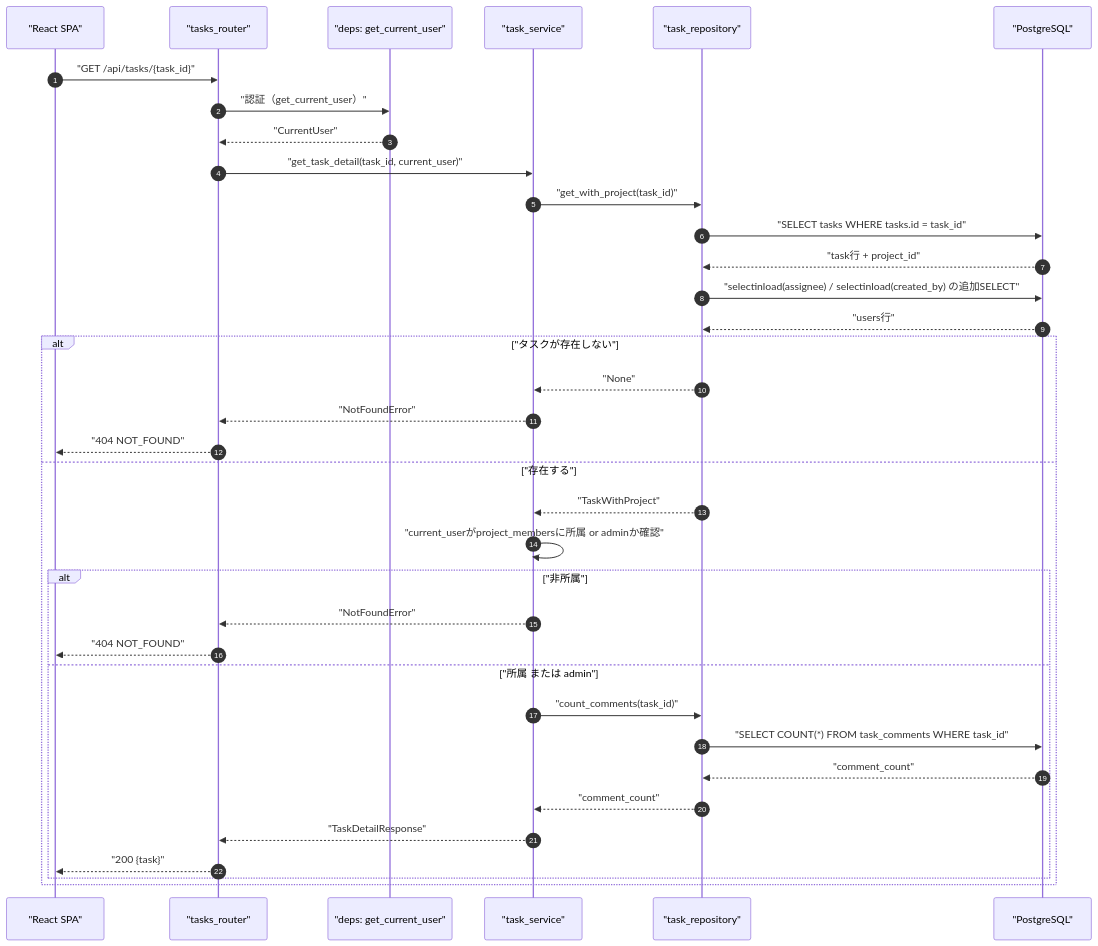
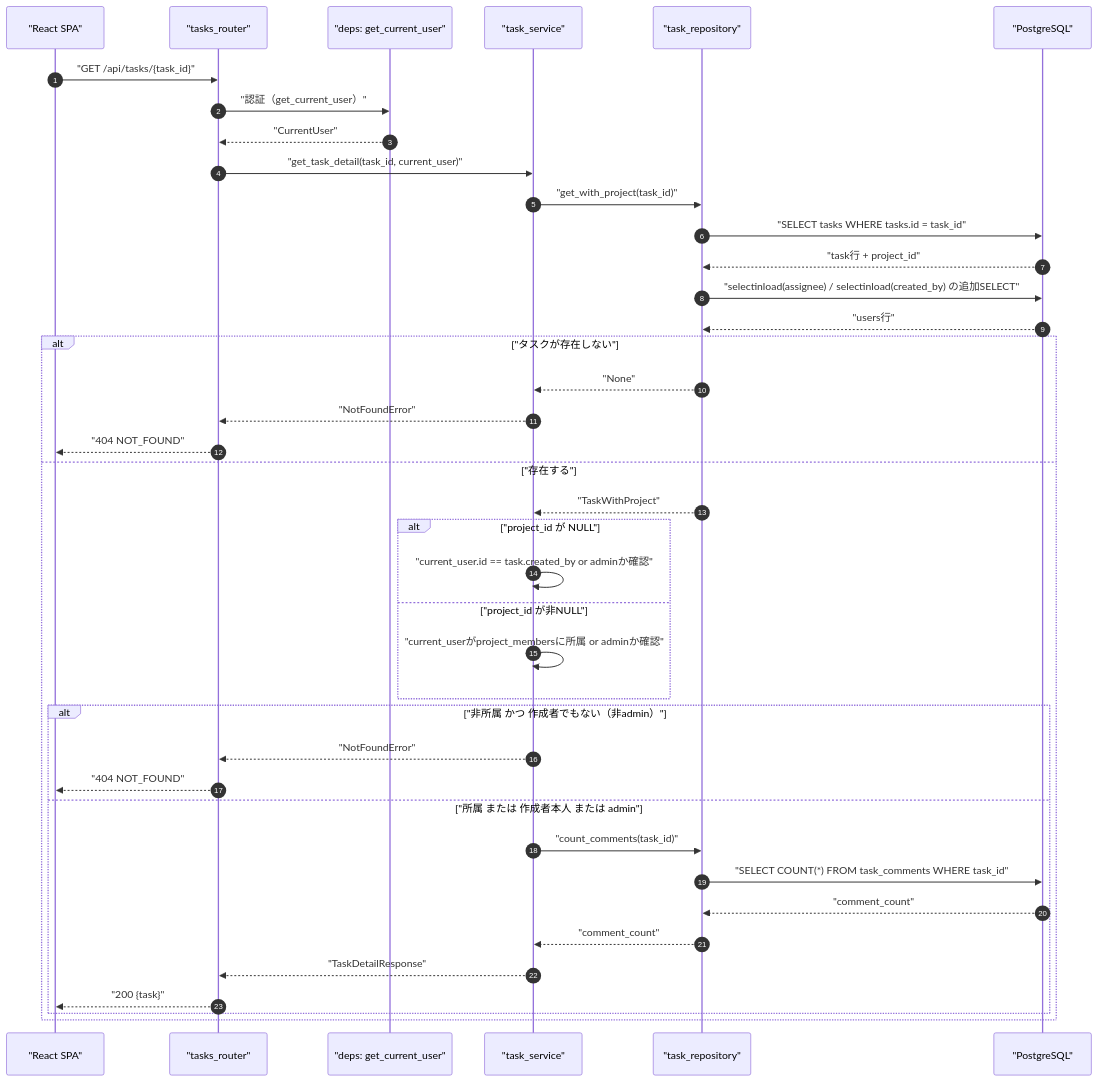
The first of 4 diagrams in detailed_design/api/tasks/03_get_task.md (oikawa-d/task_management), drawn with Mermaid before and after one commit. The commit also changed other lines of this file and 25 other files, not shown here.

````diff
--- a/detailed_design/api/tasks/03_get_task.md
+++ b/detailed_design/api/tasks/03_get_task.md
@@ -96,39 +102,43 @@
 ```mermaid
 sequenceDiagram
     autonumber
     participant FE as "React SPA"
     participant R as "tasks_router"
     participant D as "deps: get_current_user"
     participant S as "task_service"
     participant TR as "task_repository"
     participant PG as "PostgreSQL"
 
     FE->>R: "GET /api/tasks/{task_id}"
     R->>D: "認証（get_current_user）"
     D-->>R: "CurrentUser"
     R->>S: "get_task_detail(task_id, current_user)"
     S->>TR: "get_with_project(task_id)"
     TR->>PG: "SELECT tasks WHERE tasks.id = task_id"
     PG-->>TR: "task行 + project_id"
     TR->>PG: "selectinload(assignee) / selectinload(created_by) の追加SELECT"
     PG-->>TR: "users行"
     alt "タスクが存在しない"
         TR-->>S: "None"
         S-->>R: "NotFoundError"
         R-->>FE: "404 NOT_FOUND"
     else "存在する"
         TR-->>S: "TaskWithProject"
-        S->>S: "current_userがproject_membersに所属 or adminか確認"
-        alt "非所属"
+        alt "project_id が NULL"
+            S->>S: "current_user.id == task.created_by or adminか確認"
+        else "project_id が非NULL"
+            S->>S: "current_userがproject_membersに所属 or adminか確認"
+        end
+        alt "非所属 かつ 作成者でもない（非admin）"
             S-->>R: "NotFoundError"
             R-->>FE: "404 NOT_FOUND"
-        else "所属 または admin"
+        else "所属 または 作成者本人 または admin"
             S->>TR: "count_comments(task_id)"
             TR->>PG: "SELECT COUNT(*) FROM task_comments WHERE task_id"
             PG-->>TR: "comment_count"
             TR-->>S: "comment_count"
             S-->>R: "TaskDetailResponse"
             R-->>FE: "200 {task}"
         end
     end
 ```
````
